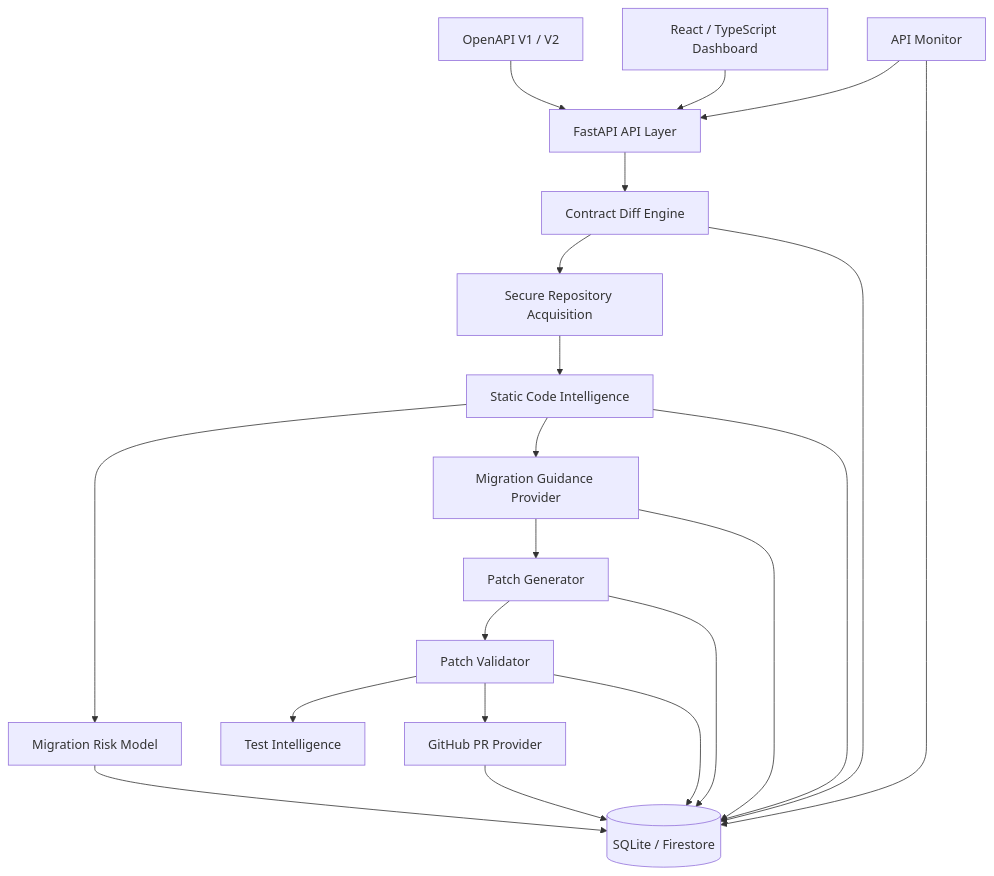
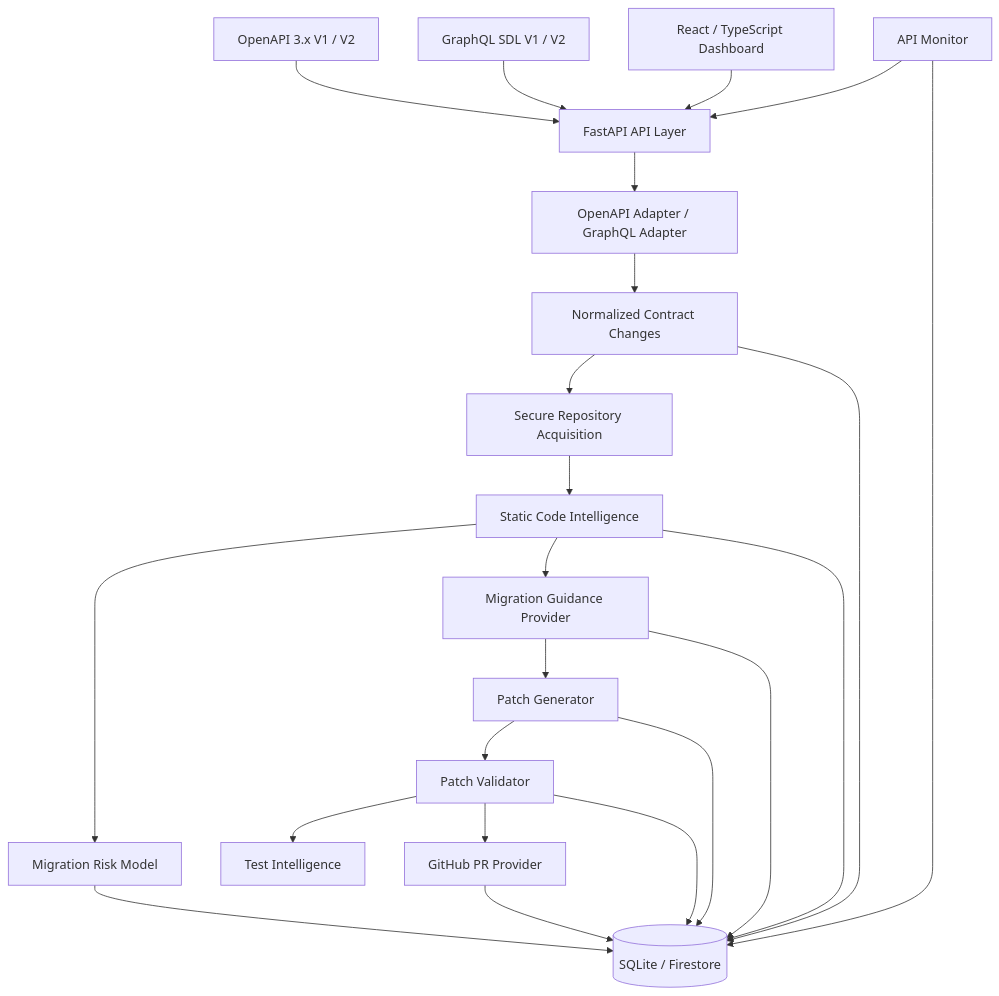
The diagram in README.md (anaghathakur/Driftguard-AI), drawn with Mermaid before and after one commit. The commit also changed other lines of this file and 111 other files, not shown here.

````diff
--- a/README.md
+++ b/README.md
@@ -793,43 +894,47 @@
 ```mermaid
 flowchart TD
     UI[React / TypeScript Dashboard]
 
-    SPEC[OpenAPI V1 / V2]
+    OPENAPI[OpenAPI 3.x V1 / V2]
+    GRAPHQL[GraphQL SDL V1 / V2]
+    ADAPTERS[OpenAPI Adapter / GraphQL Adapter]
     MON[API Monitor]
 
     API[FastAPI API Layer]
-    DIFF[Contract Diff Engine]
+    DIFF[Normalized Contract Changes]
     REPO[Secure Repository Acquisition]
     STATIC[Static Code Intelligence]
     ML[Migration Risk Model]
     MIG[Migration Guidance Provider]
     PATCH[Patch Generator]
     VALIDATE[Patch Validator]
     TESTS[Test Intelligence]
     PR[GitHub PR Provider]
 
     DB[(SQLite / Firestore)]
 
-    SPEC --> API
+    OPENAPI --> API
+    GRAPHQL --> API
     MON --> API
     UI --> API
 
-    API --> DIFF
+    API --> ADAPTERS
+    ADAPTERS --> DIFF
     DIFF --> REPO
     REPO --> STATIC
     STATIC --> ML
     STATIC --> MIG
     MIG --> PATCH
     PATCH --> VALIDATE
     VALIDATE --> TESTS
     VALIDATE --> PR
 
     DIFF --> DB
     STATIC --> DB
     ML --> DB
     MIG --> DB
     PATCH --> DB
     VALIDATE --> DB
     PR --> DB
     MON --> DB
 ```
````
